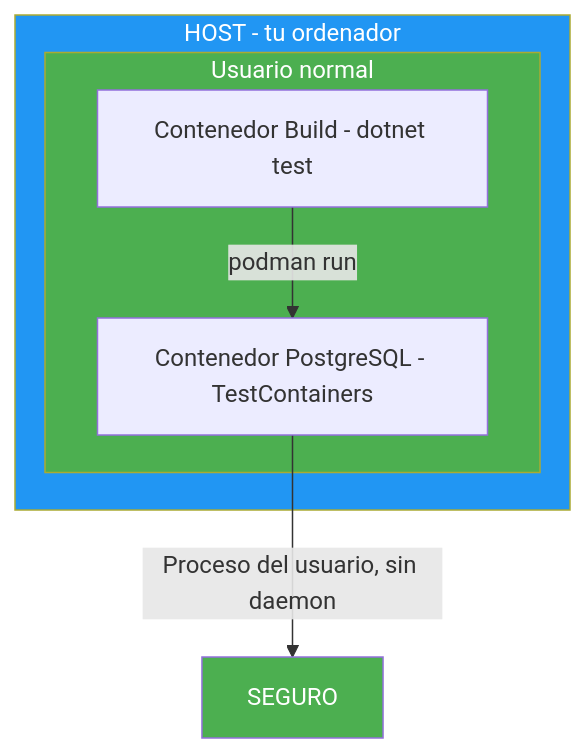
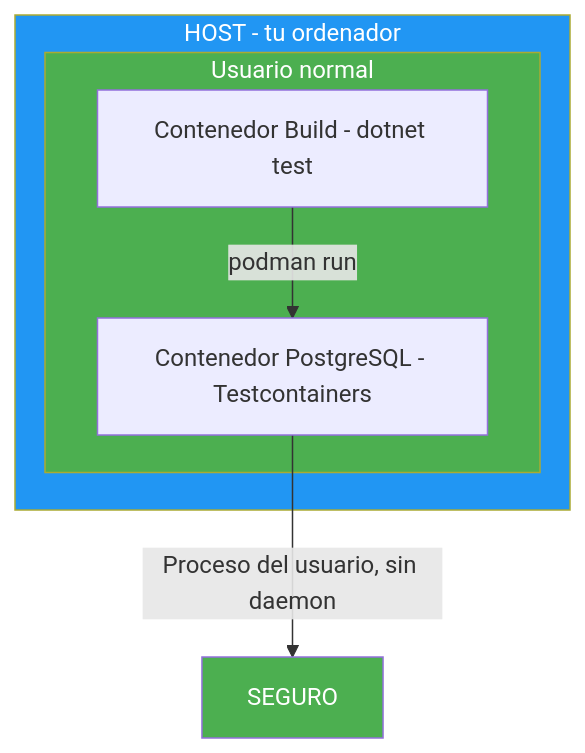
Before and after one commit to joseluisgs/DesarrolloWebEntornosServidor-01-2026-2027: the third of 3 diagrams in 22-testing-avanzado.md, drawn with Mermaid. The commit also changed other lines of this file and 77 other files, not shown here.

````diff
--- a/22-testing-avanzado.md
+++ b/22-testing-avanzado.md
@@ -593,14 +606,14 @@
 ```mermaid
 graph TD
     subgraph HOST["HOST - tu ordenador"]
         subgraph USER["Usuario normal"]
-            A["Contenedor Build - dotnet test"] -->|"podman run"| B["Contenedor PostgreSQL - TestContainers"]
+            A["Contenedor Build - dotnet test"] -->|"podman run"| B["Contenedor PostgreSQL - Testcontainers"]
         end
     end
 
     B -->|"Proceso del usuario, sin daemon"| C["SEGURO"]
 
     style HOST fill:#2196F3,color:#fff
     style USER fill:#4CAF50,color:#fff
     style C fill:#4CAF50,color:#fff
 ```
````
